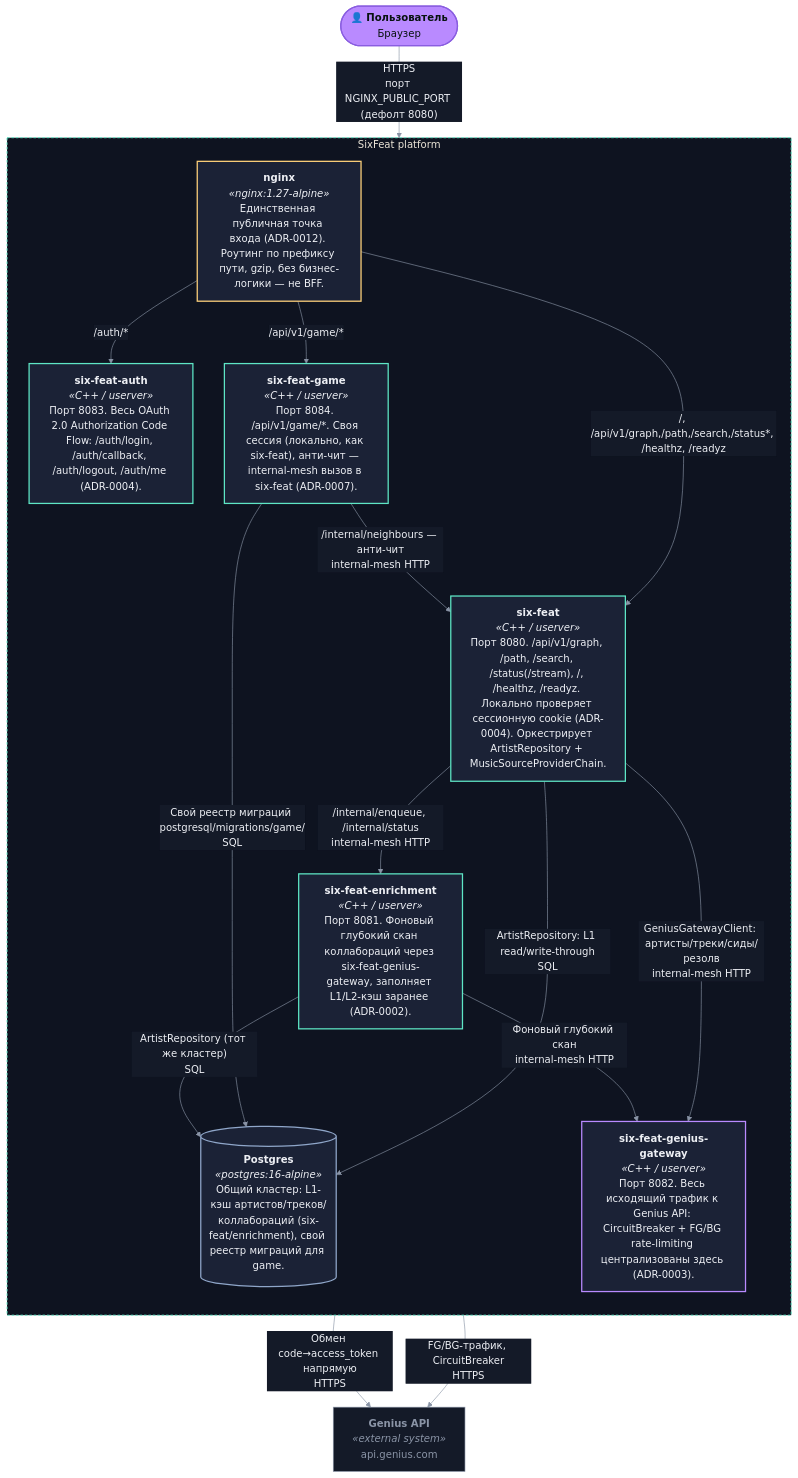
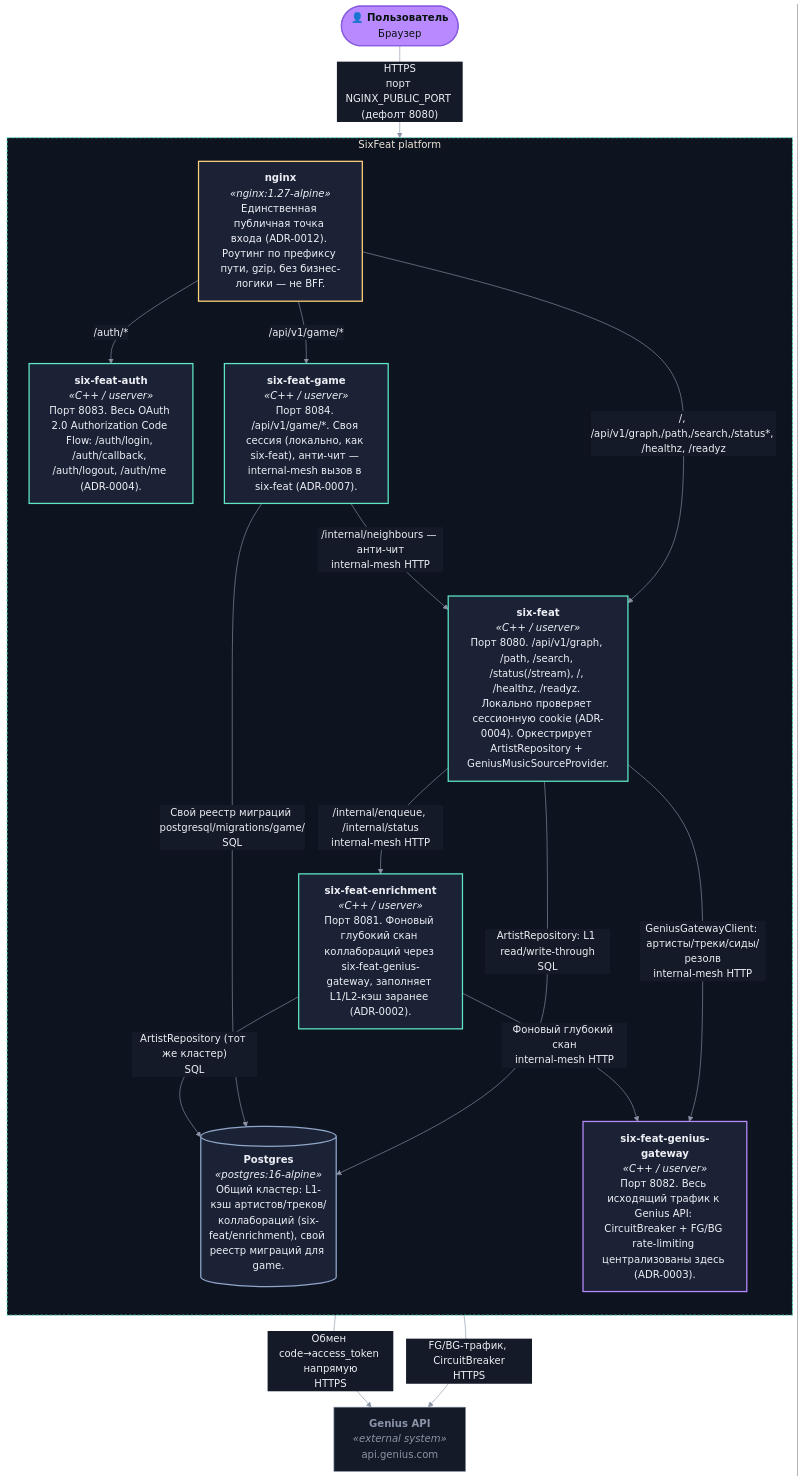
One commit to don-qu1xote/six-feat changed the diagram in docs/architecture/c4-container.md. Above: the diagram before and after it, drawn with Mermaid. The commit also changed 36 other files, not shown here.

```diff
--- a/docs/architecture/c4-container.md
+++ b/docs/architecture/c4-container.md
@@ -46,7 +46,7 @@
 
         sixfeat["`**six-feat**
 *«C++ / userver»*
-Порт 8080. /api/v1/graph, /path, /search, /status(/stream), /, /healthz, /readyz. Локально проверяет сессионную cookie (ADR-0004). Оркестрирует ArtistRepository + MusicSourceProviderChain.`"]
+Порт 8080. /api/v1/graph, /path, /search, /status(/stream), /, /healthz, /readyz. Локально проверяет сессионную cookie (ADR-0004). Оркестрирует ArtistRepository + GeniusMusicSourceProvider.`"]
 
         auth["`**six-feat-auth**
 *«C++ / userver»*
```
